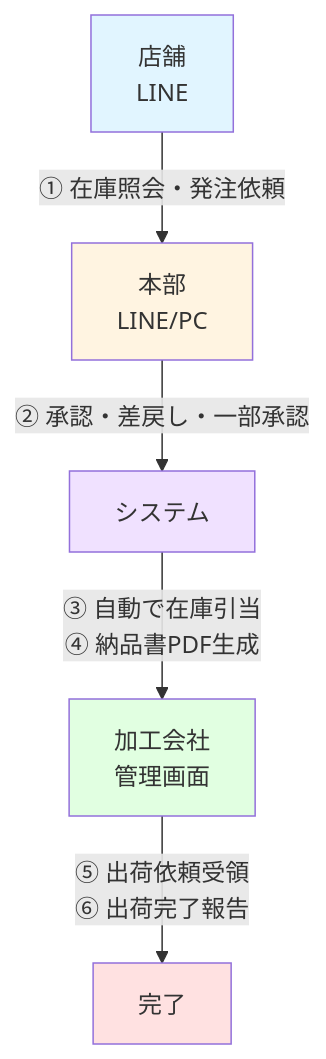
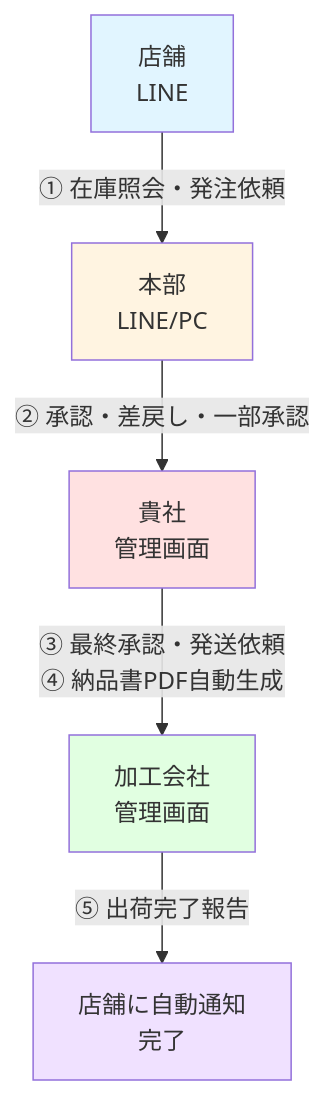
One commit to kikuchi-mizuki/zaiko changed the diagram in proposal.md. Above: the diagram before and after it, drawn with Mermaid. The commit also changed other lines of this file, not shown here.

```diff
--- a/proposal.md
+++ b/proposal.md
@@ -70,13 +91,13 @@
 <div class="mermaid">
 flowchart TD
     A[店舗<br/>LINE] -->|① 在庫照会・発注依頼| B[本部<br/>LINE/PC]
-    B -->|② 承認・差戻し・一部承認| C[システム]
-    C -->|③ 自動で在庫引当<br/>④ 納品書PDF生成| D[加工会社<br/>管理画面]
-    D -->|⑤ 出荷依頼受領<br/>⑥ 出荷完了報告| E[完了]
+    B -->|② 承認・差戻し・一部承認| C[貴社<br/>管理画面]
+    C -->|③ 最終承認・発送依頼<br/>④ 納品書PDF自動生成| D[加工会社<br/>管理画面]
+    D -->|⑤ 出荷完了報告| E[店舗に自動通知<br/>完了]
 
     style A fill:#e1f5ff
     style B fill:#fff4e1
-    style C fill:#f0e1ff
+    style C fill:#ffe1e1
     style D fill:#e1ffe1
-    style E fill:#ffe1e1
+    style E fill:#f0e1ff
 </div>
```
